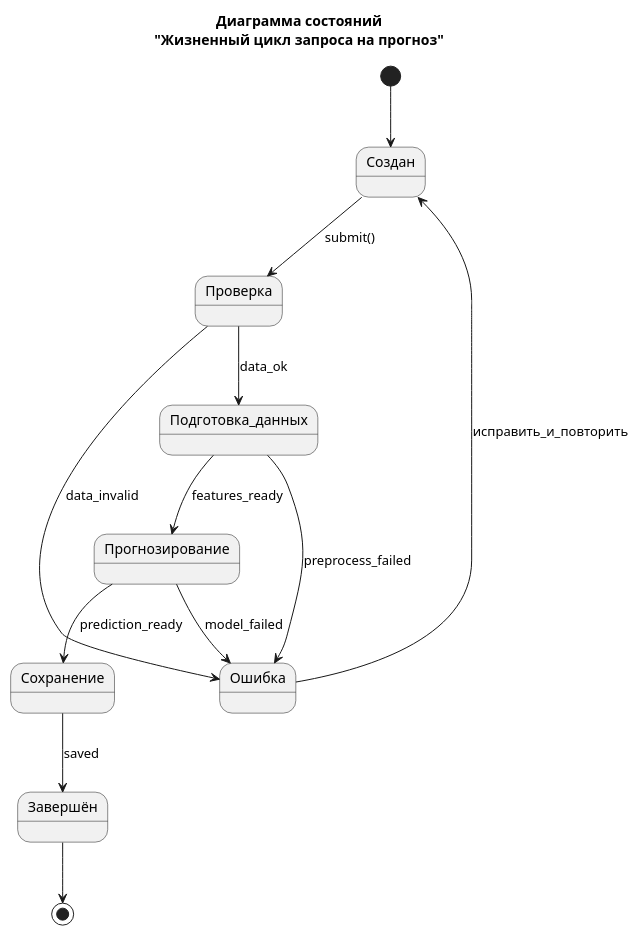
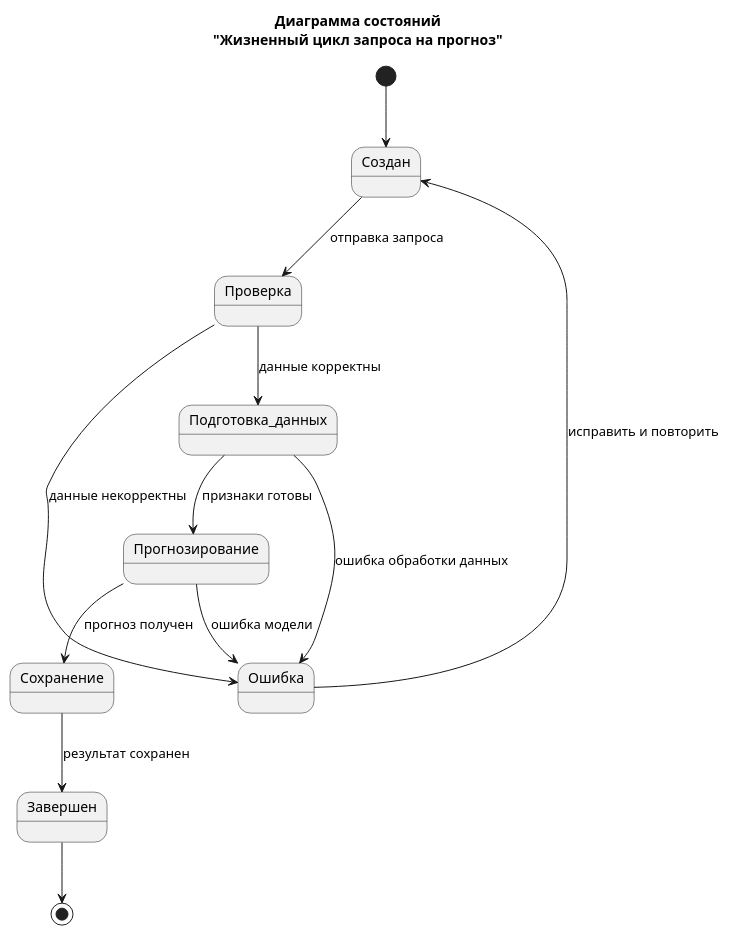
One commit to Mytyai/4-course changed the diagram in spec-langs-8/lab2/code/state.puml. Above: the diagram before and after it, drawn with PlantUML. The commit also changed 6 other files, not shown here.

```diff
--- a/spec-langs-8/lab2/code/state.puml
+++ b/spec-langs-8/lab2/code/state.puml
@@ -1,21 +1,21 @@
 @startuml
 title Диаграмма состояний\n"Жизненный цикл запроса на прогноз"
 
 [*] --> Создан
 
-Создан --> Проверка : submit()
-Проверка --> Подготовка_данных : data_ok
-Проверка --> Ошибка : data_invalid
+Создан --> Проверка : отправка запроса
+Проверка --> Подготовка_данных : данные корректны
+Проверка --> Ошибка : данные некорректны
 
-Подготовка_данных --> Прогнозирование : features_ready
-Подготовка_данных --> Ошибка : preprocess_failed
+Подготовка_данных --> Прогнозирование : признаки готовы
+Подготовка_данных --> Ошибка : ошибка обработки данных
 
-Прогнозирование --> Сохранение : prediction_ready
-Прогнозирование --> Ошибка : model_failed
+Прогнозирование --> Сохранение : прогноз получен
+Прогнозирование --> Ошибка : ошибка модели
 
-Сохранение --> Завершён : saved
+Сохранение --> Завершен : результат сохранен
 
-Ошибка --> Создан : исправить_и_повторить
-Завершён --> [*]
+Ошибка --> Создан : исправить и повторить
+Завершен --> [*]
 
 @enduml
```
